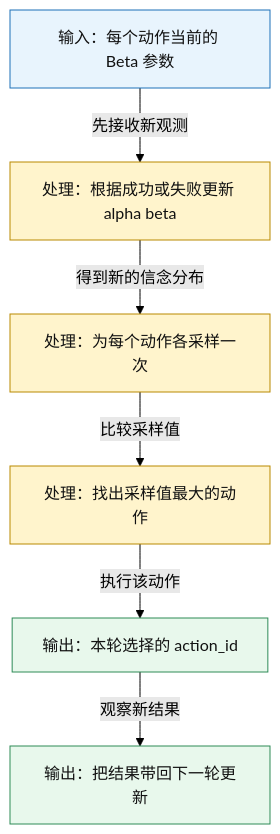
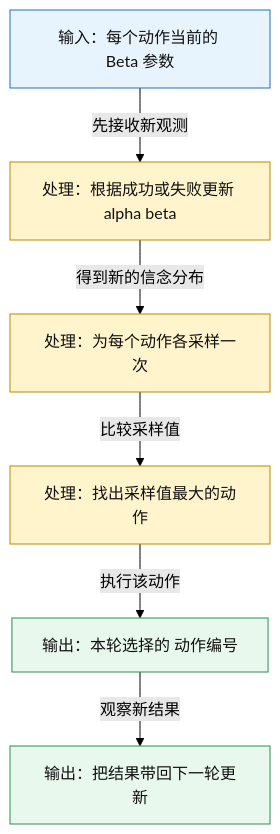
One commit to Mrphase/RL-Doc changed the fifth of 7 diagrams in learn/04_Multi_Armed_Bandits.md. Above: the diagram before and after it, drawn with Mermaid (forest theme). The commit also changed other lines of this file and 14 other files, not shown here.

First line of the commit message:
fix: clean mermaid labels in learn docs

````diff
--- a/learn/04_Multi_Armed_Bandits.md
+++ b/learn/04_Multi_Armed_Bandits.md
@@ -534,16 +534,16 @@
 ```mermaid
 flowchart TD
     A[输入：每个动作当前的 Beta 参数] -->|先接收新观测| B[处理：根据成功或失败更新 alpha beta]
     B -->|得到新的信念分布| C[处理：为每个动作各采样一次]
     C -->|比较采样值| D[处理：找出采样值最大的动作]
-    D -->|执行该动作| E[输出：本轮选择的 action_id]
+    D -->|执行该动作| E[输出：本轮选择的 动作编号]
     E -->|观察新结果| F[输出：把结果带回下一轮更新]
 
     classDef input fill:#E8F4FD,stroke:#1D70B8,color:#111;
     classDef process fill:#FFF4CC,stroke:#B98900,color:#111;
     classDef output fill:#E8F8EC,stroke:#2E8B57,color:#111;
 
     class A input;
     class B,C,D process;
     class E,F output;
 ```
````
